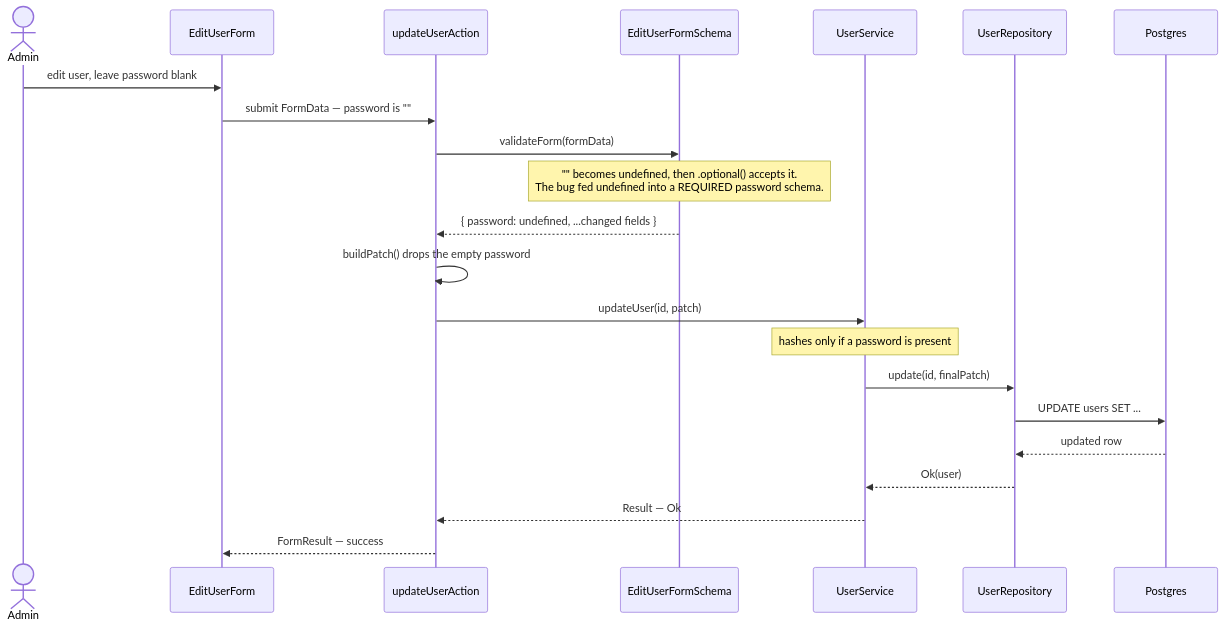
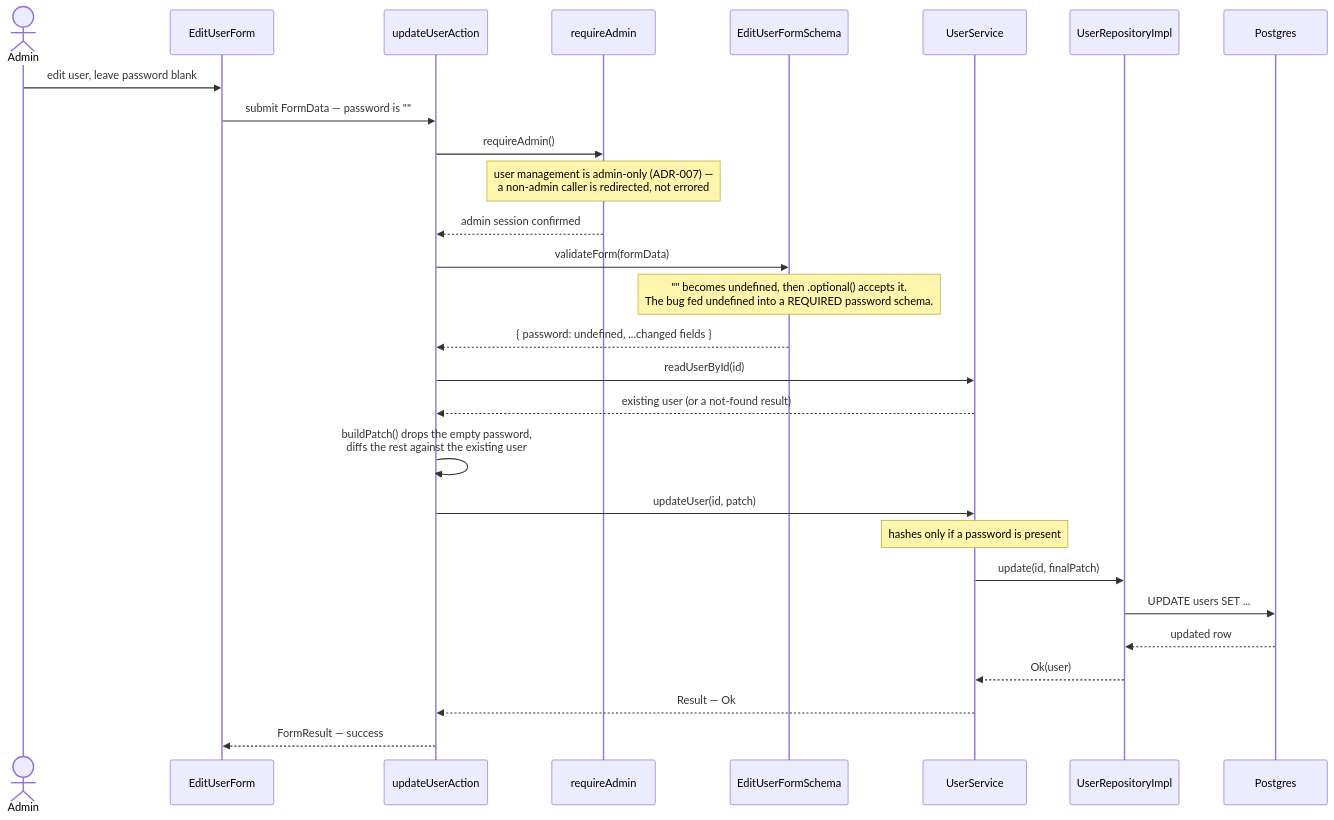
One commit to andrewpetersondev/nextjs-dashboard changed the diagram in docs/diagrams/request-flow-update-user.md. Above: the diagram before and after it, drawn with Mermaid. The commit also changed other lines of this file and 10 other files, not shown here.

First line of the commit message:
docs(diagrams): reconcile the drift-flagged architecture diagrams with the code

````diff
--- a/docs/diagrams/request-flow-update-user.md
+++ b/docs/diagrams/request-flow-update-user.md
@@ -18,25 +18,31 @@
 ```mermaid
 sequenceDiagram
     actor Admin
     participant Form as EditUserForm
     participant Action as updateUserAction
+    participant Guard as requireAdmin
     participant Schema as EditUserFormSchema
     participant Service as UserService
-    participant Repo as UserRepository
+    participant Repo as UserRepositoryImpl
     participant DB as Postgres
 
     Admin->>Form: edit user, leave password blank
     Form->>Action: submit FormData — password is ""
+    Action->>Guard: requireAdmin()
+    Note over Guard: user management is admin-only (ADR-007) —<br/>a non-admin caller is redirected, not errored
+    Guard-->>Action: admin session confirmed
     Action->>Schema: validateForm(formData)
     Note over Schema: "" becomes undefined, then .optional() accepts it.<br/>The bug fed undefined into a REQUIRED password schema.
     Schema-->>Action: { password: undefined, ...changed fields }
-    Action->>Action: buildPatch() drops the empty password
+    Action->>Service: readUserById(id)
+    Service-->>Action: existing user (or a not-found result)
+    Action->>Action: buildPatch() drops the empty password,<br/>diffs the rest against the existing user
     Action->>Service: updateUser(id, patch)
     Note over Service: hashes only if a password is present
     Service->>Repo: update(id, finalPatch)
     Repo->>DB: UPDATE users SET ...
     DB-->>Repo: updated row
     Repo-->>Service: Ok(user)
     Service-->>Action: Result — Ok
     Action-->>Form: FormResult — success
 ```
````
